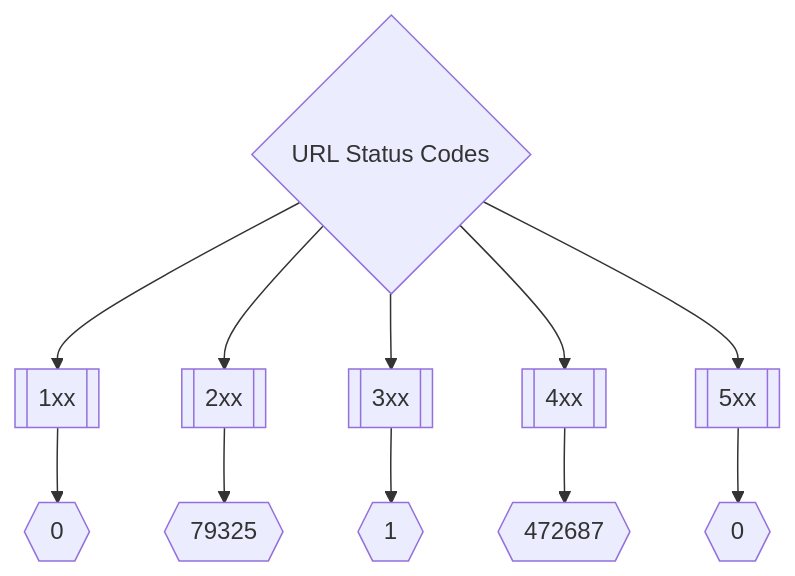
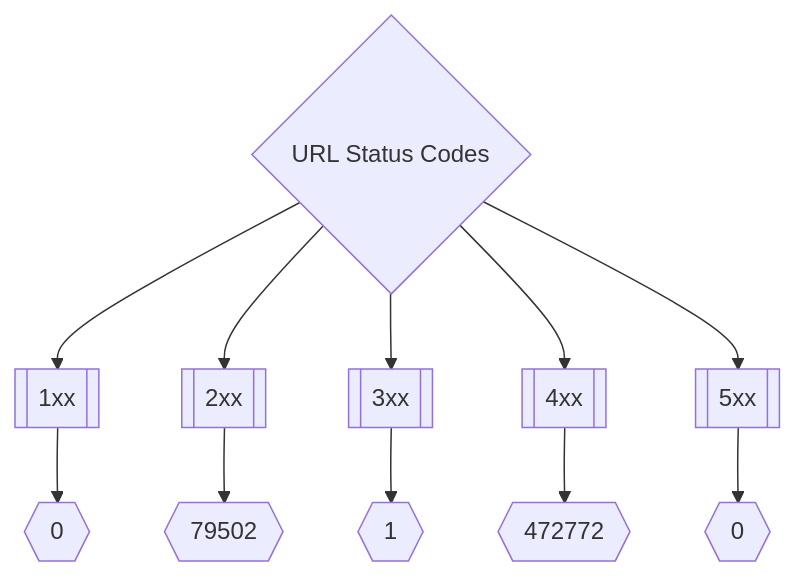
The second of 3 diagrams in README.md (trickest/inventory), drawn with Mermaid before and after one commit. The commit also changed other lines of this file, not shown here.

Commit message:
Update README.md Sat May 28 14:16:09 UTC 2022

````diff
--- a/README.md
+++ b/README.md
@@ -173,8 +173,8 @@
 ```mermaid
 graph TD
 title{URL Status Codes} --> 1xx[[1xx]] --> status1xxNum{{0}}
-title --> 2xx[[2xx]] --> status2xxNum{{79325}}
+title --> 2xx[[2xx]] --> status2xxNum{{79502}}
 title --> 3xx[[3xx]] --> status3xxNum{{1}}
-title --> 4xx[[4xx]] --> status4xxNum{{472687}}
+title --> 4xx[[4xx]] --> status4xxNum{{472772}}
 title --> 5xx[[5xx]] --> status5xxNum{{0}}
 ```
````
